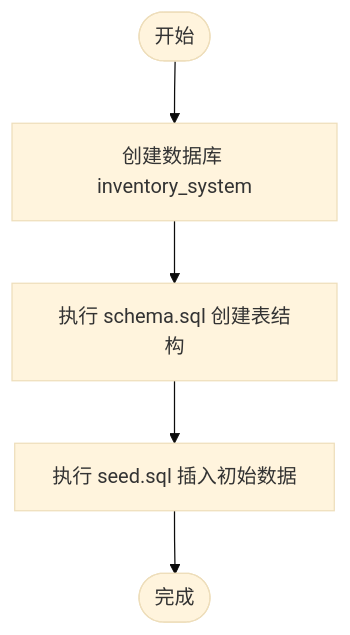
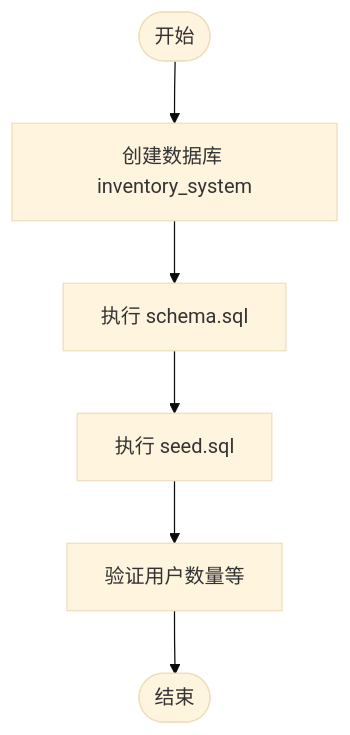
The fourth of 5 diagrams in .qoder/repowiki/zh/content/快速开始.md (Juny09/inventory_system), drawn with Mermaid (base theme) before and after one commit. The commit also changed other lines of this file and 171 other files, not shown here.

````diff
--- a/.qoder/repowiki/zh/content/快速开始.md
+++ b/.qoder/repowiki/zh/content/快速开始.md
@@ -158,7 +214,8 @@
 ```mermaid
 flowchart TD
 Start(["开始"]) --> CreateDB["创建数据库 inventory_system"]
-CreateDB --> ExecSchema["执行 schema.sql 创建表结构"]
-ExecSchema --> ExecSeed["执行 seed.sql 插入初始数据"]
-ExecSeed --> Done(["完成"])
+CreateDB --> ExecSchema["执行 schema.sql"]
+ExecSchema --> ExecSeed["执行 seed.sql"]
+ExecSeed --> Verify["验证用户数量等"]
+Verify --> End(["结束"])
 ```
````
